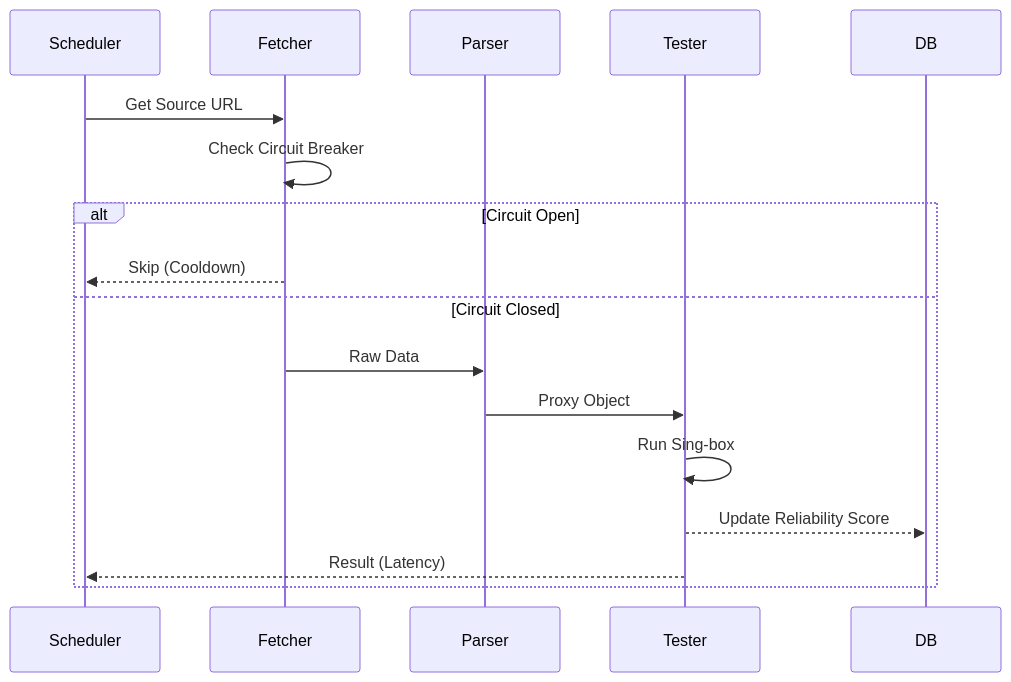
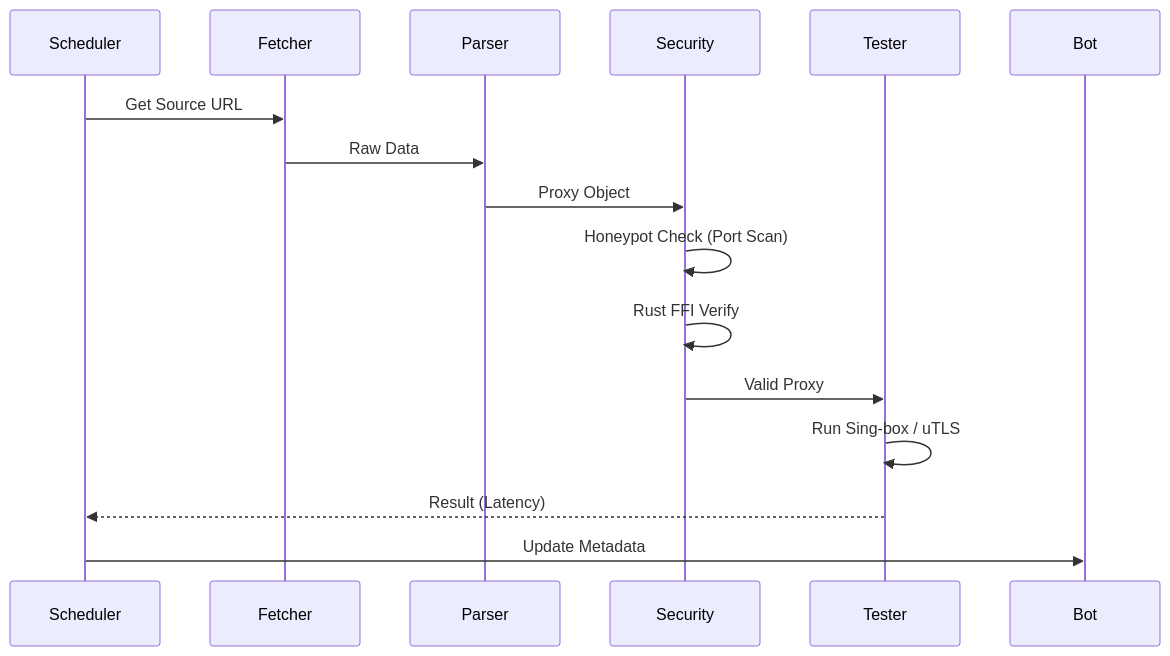
One commit to AmirrezaFarnamTaheri/ConfigStream changed the second of 2 diagrams in docs/wiki/02-architecture.md. Above: the diagram before and after it, drawn with Mermaid. The commit also changed other lines of this file and 37 other files, not shown here.

First line of the commit message:
Feat: Bot, Smart Mirroring, Security Hardening & Protocol Expansion

````diff
--- a/docs/wiki/02-architecture.md
+++ b/docs/wiki/02-architecture.md
@@ -69,20 +85,19 @@
 ```mermaid
 sequenceDiagram
     participant Scheduler
     participant Fetcher
     participant Parser
+    participant Security
     participant Tester
-    participant DB
+    participant Bot
 
     Scheduler->>Fetcher: Get Source URL
-    Fetcher->>Fetcher: Check Circuit Breaker
-    alt Circuit Open
-        Fetcher-->>Scheduler: Skip (Cooldown)
-    else Circuit Closed
-        Fetcher->>Parser: Raw Data
-        Parser->>Tester: Proxy Object
-        Tester->>Tester: Run Sing-box
-        Tester-->>DB: Update Reliability Score
-        Tester-->>Scheduler: Result (Latency)
-    end
+    Fetcher->>Parser: Raw Data
+    Parser->>Security: Proxy Object
+    Security->>Security: Honeypot Check (Port Scan)
+    Security->>Security: Rust FFI Verify
+    Security->>Tester: Valid Proxy
+    Tester->>Tester: Run Sing-box / uTLS
+    Tester-->>Scheduler: Result (Latency)
+    Scheduler->>Bot: Update Metadata
 ```
````
